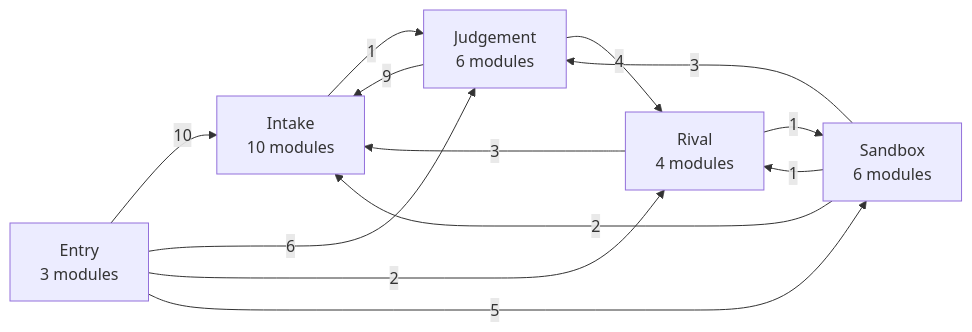
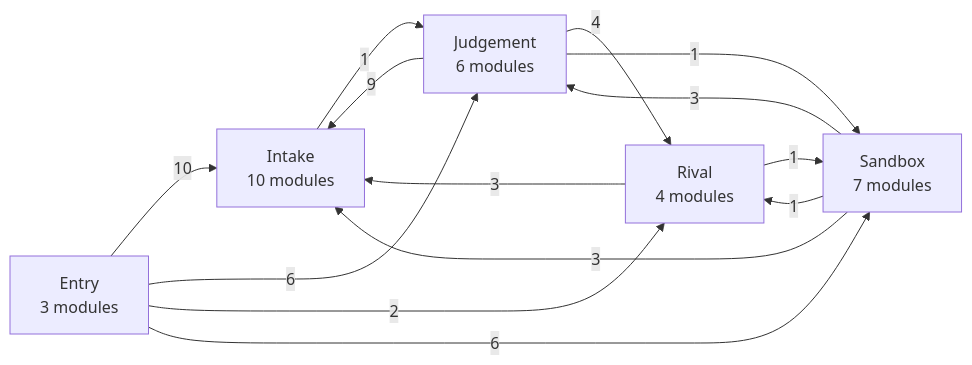
Before and after one commit to Okan-wqm/snowball-mcp: the second of 8 diagrams in docs/harita.md, drawn with Mermaid. The commit also changed other lines of this file and 15 other files, not shown here.

````diff
--- a/docs/harita.md
+++ b/docs/harita.md
@@ -85,20 +85,21 @@
 ```mermaid
 flowchart LR
   a_Entry["Entry<br/>3 modules"]
   a_Intake["Intake<br/>10 modules"]
-  a_Sandbox["Sandbox<br/>6 modules"]
+  a_Sandbox["Sandbox<br/>7 modules"]
   a_Rival["Rival<br/>4 modules"]
   a_Judgement["Judgement<br/>6 modules"]
   a_Entry -->|10| a_Intake
   a_Entry -->|6| a_Judgement
   a_Entry -->|2| a_Rival
-  a_Entry -->|5| a_Sandbox
+  a_Entry -->|6| a_Sandbox
   a_Intake -->|1| a_Judgement
   a_Judgement -->|9| a_Intake
   a_Judgement -->|4| a_Rival
+  a_Judgement -->|1| a_Sandbox
   a_Rival -->|3| a_Intake
   a_Rival -->|1| a_Sandbox
-  a_Sandbox -->|2| a_Intake
+  a_Sandbox -->|3| a_Intake
   a_Sandbox -->|3| a_Judgement
   a_Sandbox -->|1| a_Rival
 ```
````
